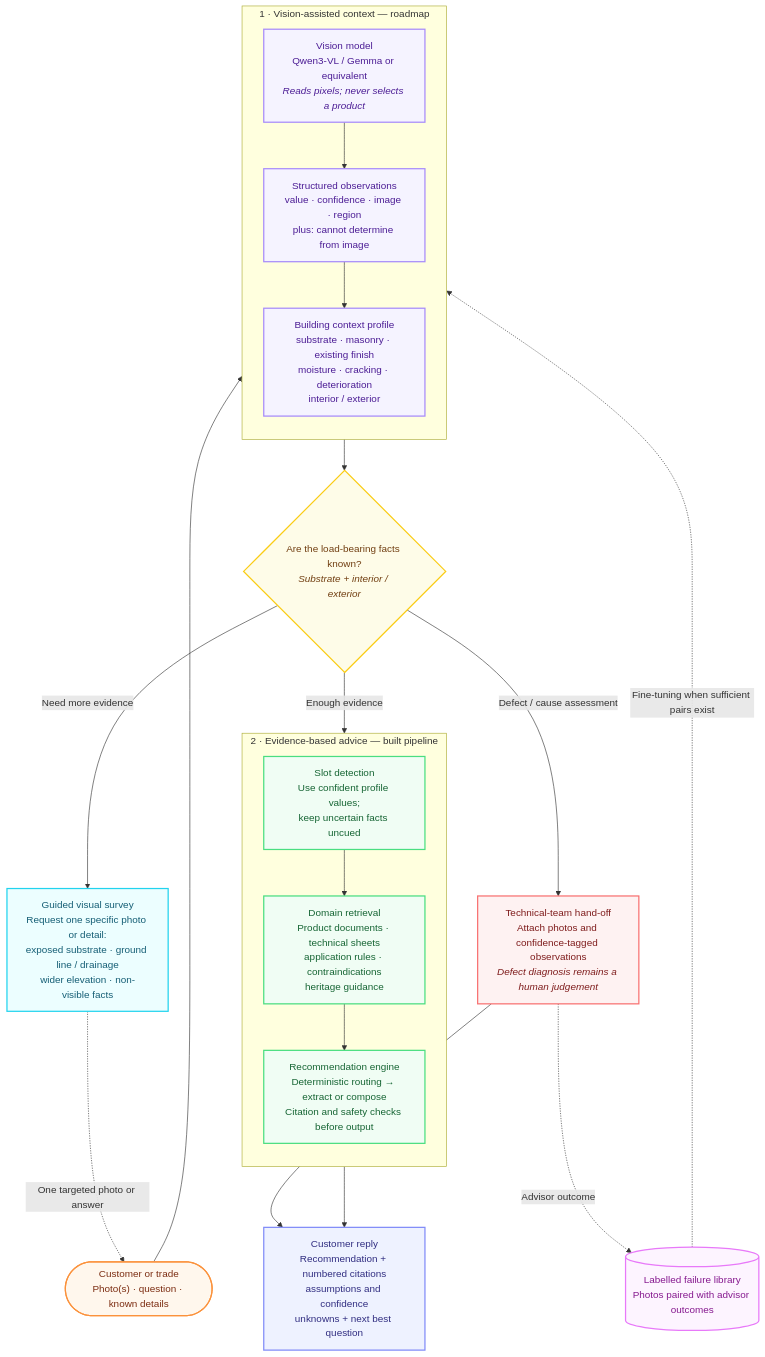
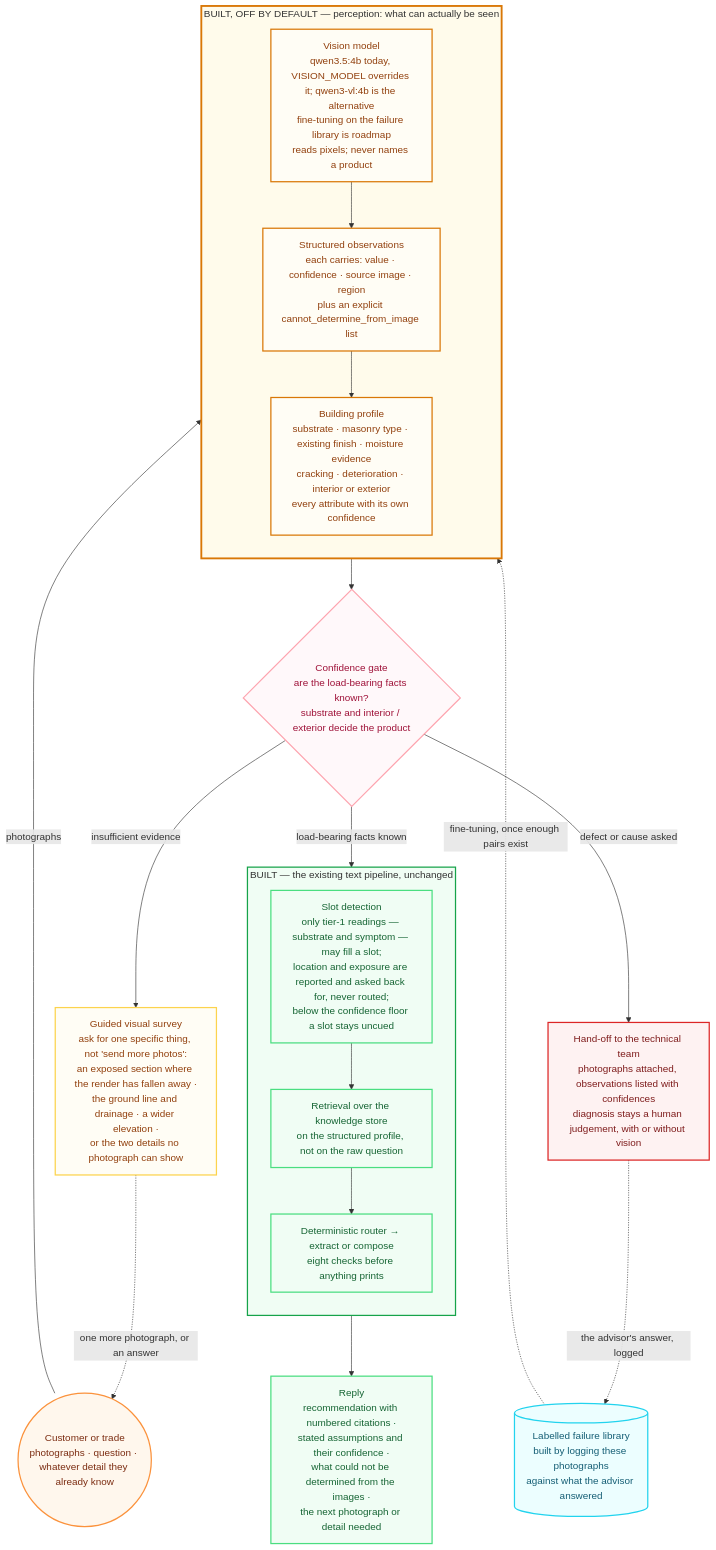
The diagram in docs/diagrams/multimodal-roadmap.mmd (AathiraTD/technical-knowledge-assistant), drawn with Mermaid before and after one commit. The commit also changed 74 other files, not shown here.

```diff
--- a/docs/diagrams/multimodal-roadmap.mmd
+++ b/docs/diagrams/multimodal-roadmap.mmd
@@ -1,55 +1,55 @@
 flowchart TD
-    classDef input fill:#fff7ed,stroke:#fb923c,color:#7c2d12,stroke-width:2px
-    classDef vision fill:#f5f3ff,stroke:#a78bfa,color:#4c1d95,stroke-width:2px
+    classDef roadmap fill:#fffdf5,stroke:#fcd34d,color:#92400e,stroke-width:2px
+    classDef gated fill:#fffdf5,stroke:#d97706,color:#92400e,stroke-width:2px
+    classDef built fill:#f0fdf4,stroke:#4ade80,color:#166534,stroke-width:2px
+    classDef gate fill:#fff8fa,stroke:#fda4af,color:#9f1239,stroke-width:2px
+    classDef human fill:#fef2f2,stroke:#dc2626,color:#7f1d1d,stroke-width:2px
     classDef data fill:#ecfeff,stroke:#22d3ee,color:#155e75,stroke-width:2px
-    classDef built fill:#f0fdf4,stroke:#4ade80,color:#166534,stroke-width:2px
-    classDef decision fill:#fefce8,stroke:#facc15,color:#713f12,stroke-width:2px
-    classDef human fill:#fef2f2,stroke:#f87171,color:#7f1d1d,stroke-width:2px
-    classDef output fill:#eef2ff,stroke:#818cf8,color:#312e81,stroke-width:2px
-    classDef feedback fill:#fdf4ff,stroke:#e879f9,color:#86198f,stroke-width:2px
+    classDef person fill:#fff7ed,stroke:#fb923c,color:#7c2d12,stroke-width:2px
 
-    USER(["Customer or trade<br/>Photo(s) · question · known details"])
+    USER(("Customer or trade<br/>photographs · question · whatever detail they already know"))
 
-    subgraph PERCEPTION["1 · Vision-assisted context — roadmap"]
+    subgraph PERCEPTION["BUILT, OFF BY DEFAULT — perception: what can actually be seen"]
         direction TB
-        VLM["Vision model<br/>Qwen3-VL / Gemma or equivalent<br/><i>Reads pixels; never selects a product</i>"]
-        OBS["Structured observations<br/>value · confidence · image · region<br/>plus: cannot determine from image"]
-        PROFILE["Building context profile<br/>substrate · masonry · existing finish<br/>moisture · cracking · deterioration<br/>interior / exterior"]
+        VLM["Vision model<br/>qwen3.5:4b today, VISION_MODEL overrides it; qwen3-vl:4b is the alternative<br/>fine-tuning on the failure library is roadmap<br/>reads pixels; never names a product"]
+        OBS["Structured observations<br/>each carries: value · confidence · source image · region<br/>plus an explicit cannot_determine_from_image list"]
+        PROFILE["Building profile<br/>substrate · masonry type · existing finish · moisture evidence<br/>cracking · deterioration · interior or exterior<br/>every attribute with its own confidence"]
         VLM --> OBS --> PROFILE
     end
 
-    GATE{"Are the load-bearing facts known?<br/><i>Substrate + interior / exterior</i>"}
+    GATE{"Confidence gate<br/>are the load-bearing facts known?<br/>substrate and interior / exterior decide the product"}
+    ELICIT["Guided visual survey<br/>ask for one specific thing, not 'send more photos':<br/>an exposed section where the render has fallen away ·<br/>the ground line and drainage · a wider elevation ·<br/>or the two details no photograph can show"]
 
-    ELICIT["Guided visual survey<br/>Request one specific photo or detail:<br/>exposed substrate · ground line / drainage<br/>wider elevation · non-visible facts"]
-
-    subgraph ADVICE["2 · Evidence-based advice — built pipeline"]
+    subgraph BUILTPIPE["BUILT — the existing text pipeline, unchanged"]
         direction TB
-        SLOTS["Slot detection<br/>Use confident profile values;<br/>keep uncertain facts uncued"]
-        RETR["Domain retrieval<br/>Product documents · technical sheets<br/>application rules · contraindications<br/>heritage guidance"]
-        ENGINE["Recommendation engine<br/>Deterministic routing → extract or compose<br/>Citation and safety checks before output"]
-        SLOTS --> RETR --> ENGINE
+        SLOTS2["Slot detection<br/>only tier-1 readings — substrate and symptom — may fill a slot;<br/>location and exposure are reported and asked back for, never routed;<br/>below the confidence floor a slot stays uncued"]
+        RETR["Retrieval over the knowledge store<br/>on the structured profile, not on the raw question"]
+        ENGINE["Deterministic router → extract or compose<br/>eight checks before anything prints"]
+        SLOTS2 --> RETR --> ENGINE
     end
 
-    HUMAN["Technical-team hand-off<br/>Attach photos and confidence-tagged observations<br/><i>Defect diagnosis remains a human judgement</i>"]
-    OUT["Customer reply<br/>Recommendation + numbered citations<br/>assumptions and confidence<br/>unknowns + next best question"]
-    LIB[("Labelled failure library<br/>Photos paired with advisor outcomes")]
+    HUMAN["Hand-off to the technical team<br/>photographs attached, observations listed with confidences<br/>diagnosis stays a human judgement, with or without vision"]
+    LIB[("Labelled failure library<br/>built by logging these photographs<br/>against what the advisor answered")]
 
-    USER --> VLM
+    OUT["Reply<br/>recommendation with numbered citations ·<br/>stated assumptions and their confidence ·<br/>what could not be determined from the images ·<br/>the next photograph or detail needed"]
+
+    USER -->|"photographs"| VLM
     PROFILE --> GATE
-    GATE -->|"Enough evidence"| SLOTS
-    GATE -->|"Need more evidence"| ELICIT
-    ELICIT -.->|"One targeted photo or answer"| USER
-    GATE -->|"Defect / cause assessment"| HUMAN
+    GATE -->|"insufficient evidence"| ELICIT
+    ELICIT -.->|"one more photograph, or an answer"| USER
+    GATE -->|"load-bearing facts known"| SLOTS2
+    GATE -->|"defect or cause asked"| HUMAN
     ENGINE --> OUT
-    HUMAN --> OUT
-    HUMAN -.->|"Advisor outcome"| LIB
-    LIB -.->|"Fine-tuning when sufficient pairs exist"| VLM
+    HUMAN -.->|"the advisor's answer, logged"| LIB
+    LIB -.->|"fine-tuning, once enough pairs exist"| VLM
 
-    class USER input
-    class VLM,OBS,PROFILE vision
-    class GATE decision
-    class ELICIT data
-    class SLOTS,RETR,ENGINE built
+    class USER person
+    class VLM,OBS,PROFILE gated
+    class ELICIT roadmap
+    class SLOTS2,RETR,ENGINE,OUT built
+    class GATE gate
     class HUMAN human
-    class OUT output
-    class LIB feedback
+    class LIB data
+
+    style PERCEPTION fill:#fffbeb,stroke:#d97706,stroke-width:3px
+    style BUILTPIPE fill:#f0fdf4,stroke:#16a34a,stroke-width:2px
```
